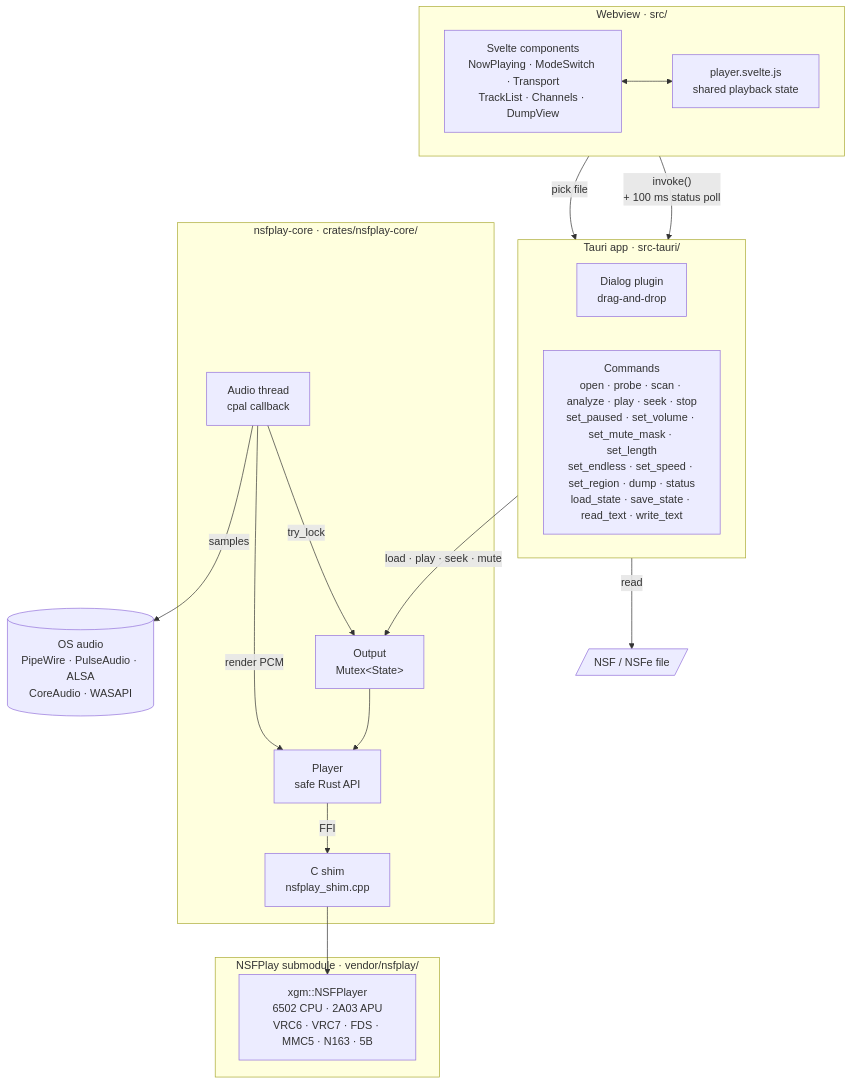
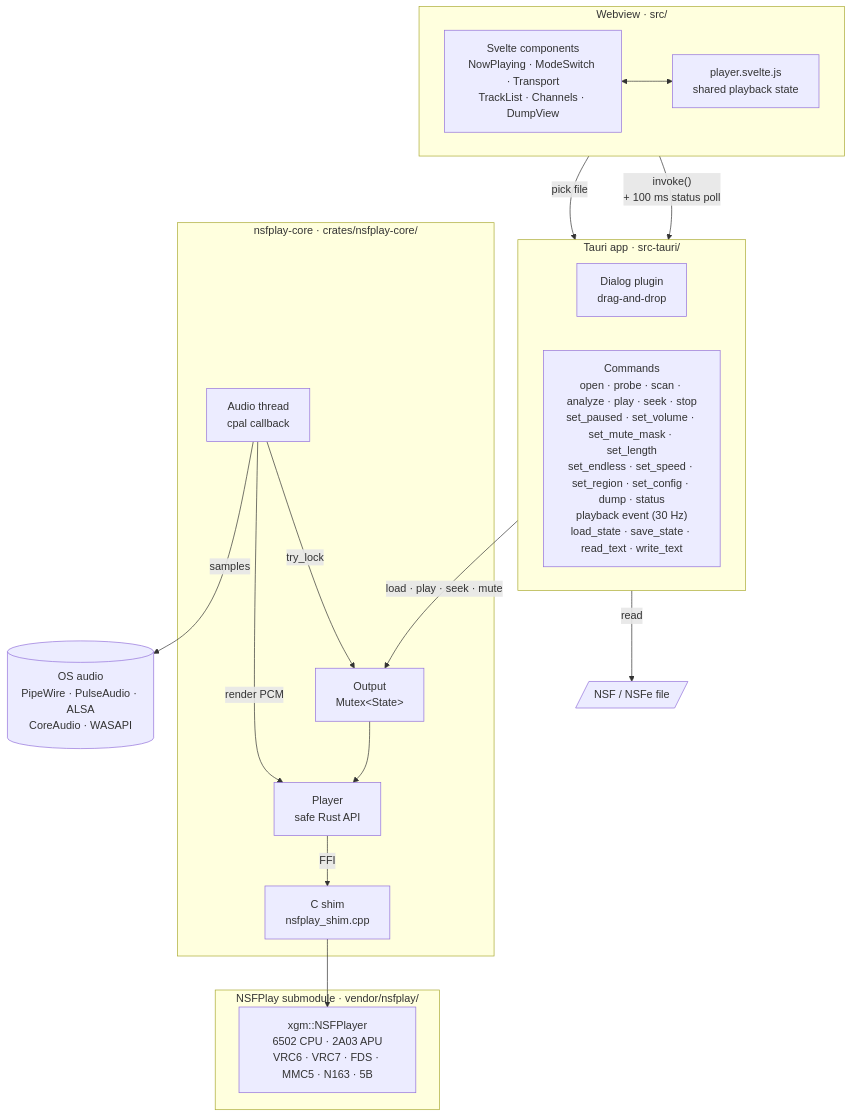
Before and after one commit to doodle0/nsfdeck: the diagram in README.md, drawn with Mermaid. The commit also changed other lines of this file and 14 other files, not shown here.

````diff
--- a/README.md
+++ b/README.md
@@ -28,37 +29,37 @@
 ```mermaid
 flowchart TB
     subgraph webview["Webview · src/"]
         direction LR
         ui["Svelte components<br/>NowPlaying · ModeSwitch · Transport<br/>TrackList · Channels · DumpView"] <--> store["player.svelte.js<br/>shared playback state"]
     end
 
     subgraph app["Tauri app · src-tauri/"]
         direction LR
         dialog["Dialog plugin<br/>drag-and-drop"]
-        cmds["Commands<br/>open · probe · scan · analyze · play · seek · stop<br/>set_paused · set_volume · set_mute_mask · set_length<br/>set_endless · set_speed · set_region · dump · status<br/>load_state · save_state · read_text · write_text"]
+        cmds["Commands<br/>open · probe · scan · analyze · play · seek · stop<br/>set_paused · set_volume · set_mute_mask · set_length<br/>set_endless · set_speed · set_region · set_config · dump · status<br/>playback event (30 Hz)<br/>load_state · save_state · read_text · write_text"]
     end
 
     subgraph core["nsfplay-core · crates/nsfplay-core/"]
         output["Output<br/>Mutex&lt;State&gt;"]
         audio["Audio thread<br/>cpal callback"]
         player["Player<br/>safe Rust API"]
         shim["C shim<br/>nsfplay_shim.cpp"]
     end
 
     subgraph nsfplay["NSFPlay submodule · vendor/nsfplay/"]
         xgm["xgm::NSFPlayer<br/>6502 CPU · 2A03 APU<br/>VRC6 · VRC7 · FDS · MMC5 · N163 · 5B"]
     end
 
     file[/"NSF / NSFe file"/]
     os[("OS audio<br/>PipeWire · PulseAudio · ALSA<br/>CoreAudio · WASAPI")]
 
     store -- "invoke()<br/>+ 100 ms status poll" --> cmds
     store -- "pick file" --> dialog
     cmds -- "read" --> file
     cmds -- "load · play · seek · mute" --> output
     output --> player
     audio -- "try_lock" --> output
     audio -- "render PCM" --> player
     player -- "FFI" --> shim --> xgm
     audio -- "samples" --> os
 ```
````
